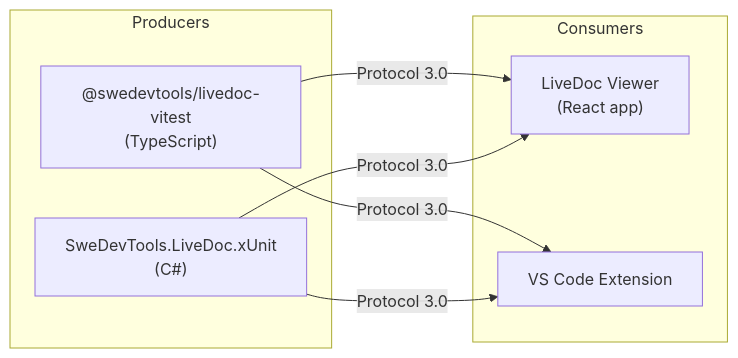
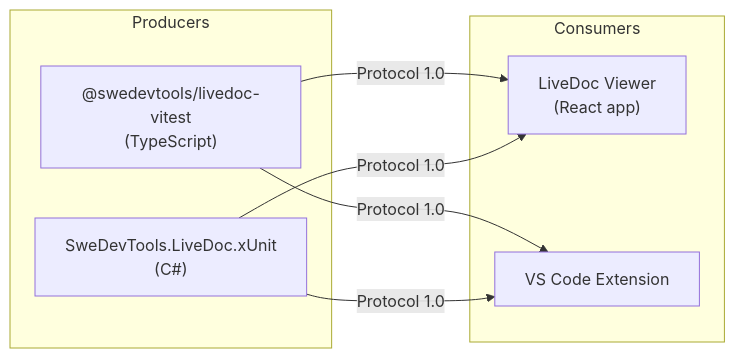
The first of 2 diagrams in docs/docs/concepts/reporting-model.mdx (dotnetprofessional/LiveDoc), drawn with Mermaid before and after one commit. The commit also changed other lines of this file and 40 other files, not shown here.

````diff
--- a/docs/docs/concepts/reporting-model.mdx
+++ b/docs/docs/concepts/reporting-model.mdx
@@ -21,15 +21,15 @@
 ```mermaid
 graph LR
     subgraph Producers
         V["@swedevtools/livedoc-vitest<br/>(TypeScript)"]
         X["SweDevTools.LiveDoc.xUnit<br/>(C#)"]
     end
     subgraph Consumers
         Viewer["LiveDoc Viewer<br/>(React app)"]
         VSCode["VS Code Extension"]
     end
-    V -->|"Protocol 3.0"| Viewer
-    V -->|"Protocol 3.0"| VSCode
-    X -->|"Protocol 3.0"| Viewer
-    X -->|"Protocol 3.0"| VSCode
+    V -->|"Protocol 1.0"| Viewer
+    V -->|"Protocol 1.0"| VSCode
+    X -->|"Protocol 1.0"| Viewer
+    X -->|"Protocol 1.0"| VSCode
 ```
````
